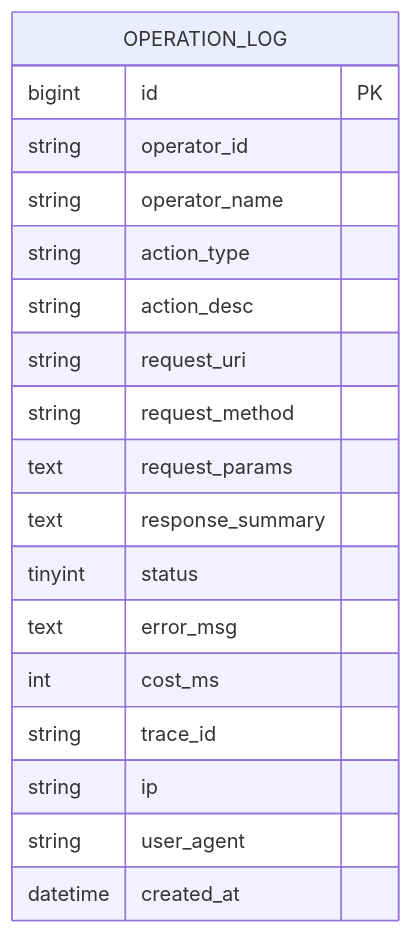
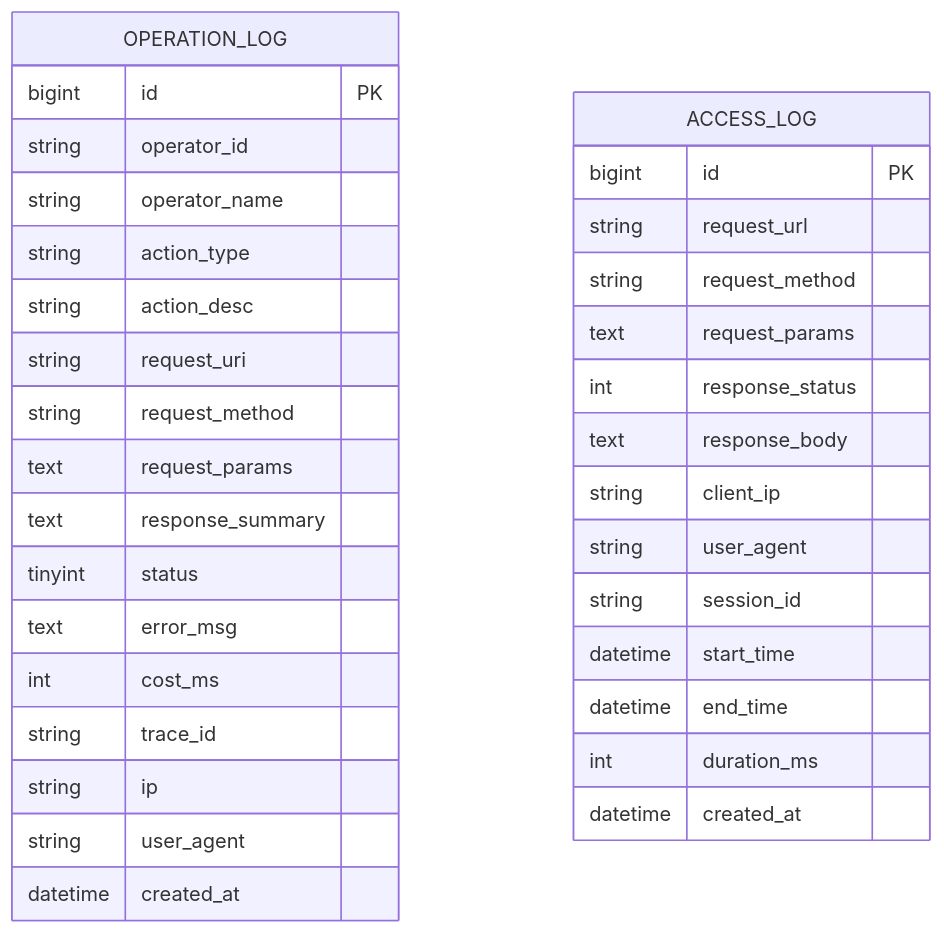
Before and after one commit to liming-lihaini/workflow: the fifth of 6 diagrams in .qoder/repowiki/zh/content/监控审计系统/操作日志系统.md, drawn with Mermaid. The commit also changed other lines of this file and 31 other files, not shown here.

````diff
--- a/.qoder/repowiki/zh/content/监控审计系统/操作日志系统.md
+++ b/.qoder/repowiki/zh/content/监控审计系统/操作日志系统.md
@@ -225,21 +300,36 @@
 ```mermaid
 erDiagram
 OPERATION_LOG {
 bigint id PK
 string operator_id
 string operator_name
 string action_type
 string action_desc
 string request_uri
 string request_method
 text request_params
 text response_summary
 tinyint status
 text error_msg
 int cost_ms
 string trace_id
 string ip
 string user_agent
 datetime created_at
 }
+ACCESS_LOG {
+bigint id PK
+string request_url
+string request_method
+text request_params
+int response_status
+text response_body
+string client_ip
+string user_agent
+string session_id
+datetime start_time
+datetime end_time
+int duration_ms
+datetime created_at
+}
 ```
````
